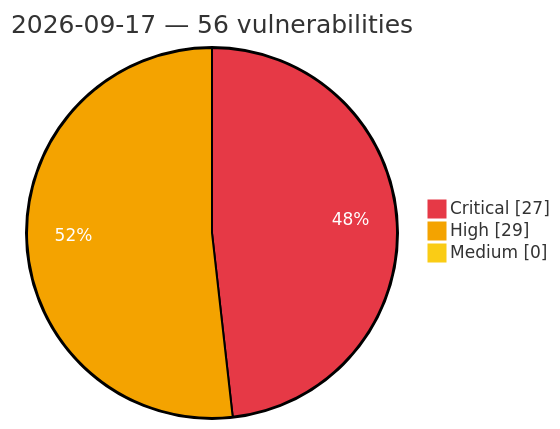
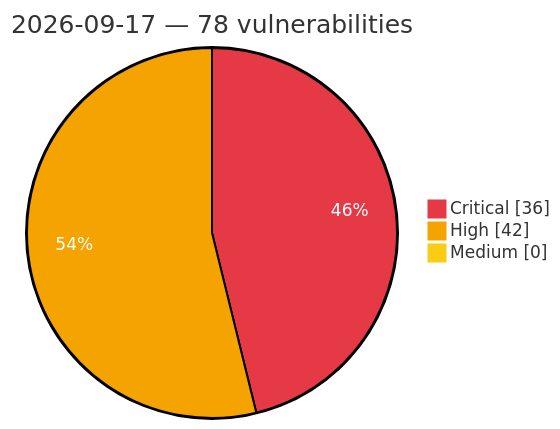
One commit to GhostX0X/vuln-tracker changed the diagram in vulnerabilities/2026/September/2026-09-17.md. Above: the diagram before and after it, drawn with Mermaid. The commit also changed other lines of this file and 5 other files, not shown here.

Commit message:
Auto update: critical/high vulns (2026-09-17 22:09 UTC)

````diff
--- a/vulnerabilities/2026/September/2026-09-17.md
+++ b/vulnerabilities/2026/September/2026-09-17.md
@@ -3,8 +3,8 @@
 ```mermaid
 %%{init: {'theme':'base', 'themeVariables': {'pie1':'#e63946', 'pie2':'#f4a300', 'pie3':'#facc15', 'pieOpacity':'1', 'pieOuterStrokeWidth':'2px', 'pieSectionTextColor':'#ffffff'}}}%%
 pie showData
-    title 2026-09-17 — 56 vulnerabilities
-    "Critical" : 27
-    "High" : 29
+    title 2026-09-17 — 78 vulnerabilities
+    "Critical" : 36
+    "High" : 42
     "Medium" : 0
 ```
````
